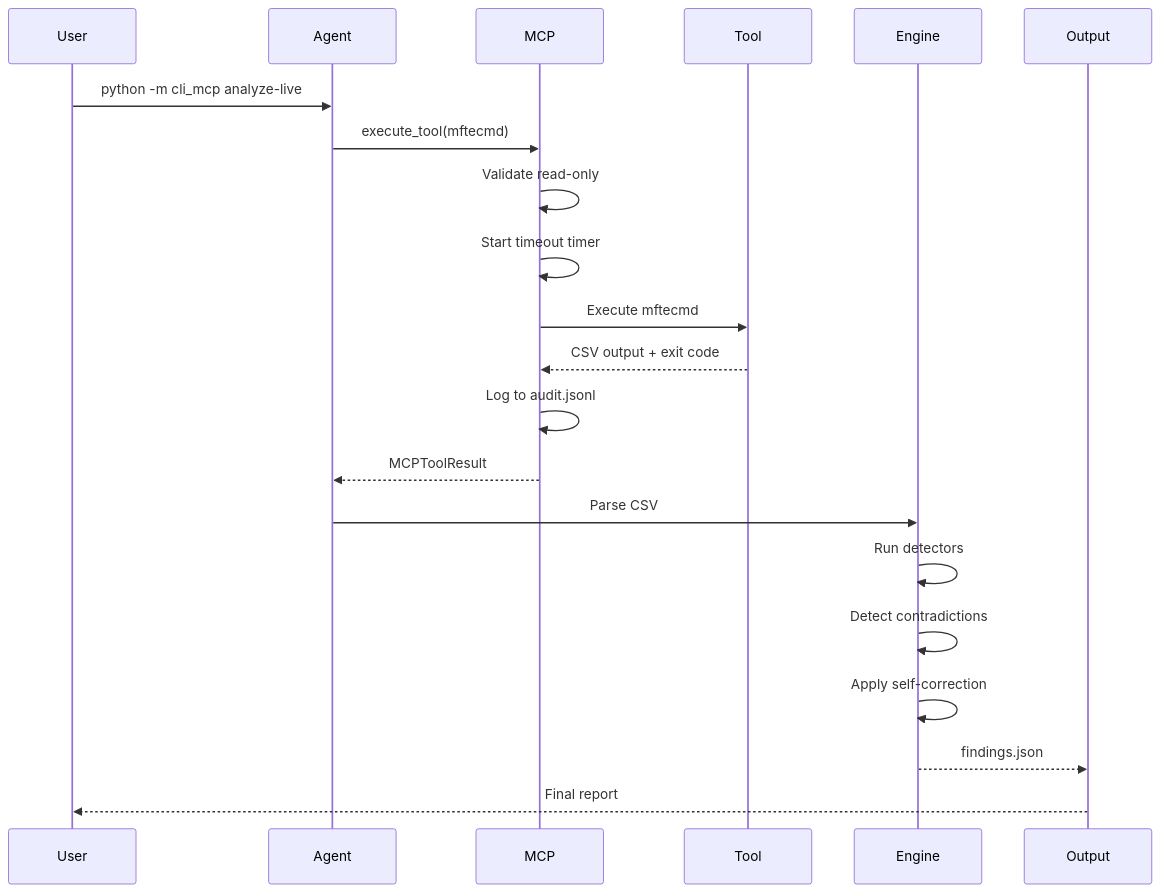
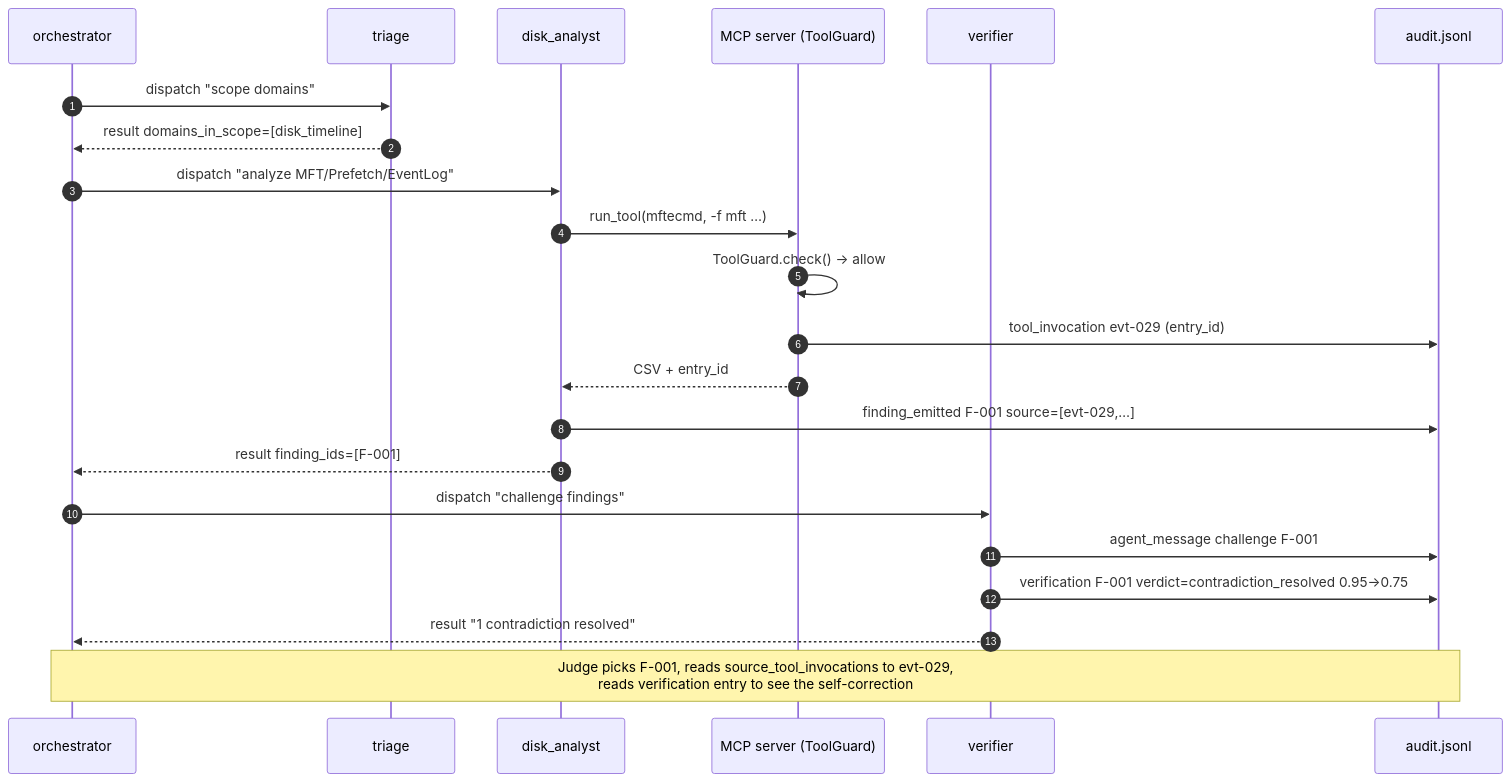
The second of 3 diagrams in docs/ARCHITECTURE_DIAGRAM.md (Strike48-public/4n6_nexus), drawn with Mermaid before and after one commit. The commit also changed other lines of this file and 2 other files, not shown here.

First line of the commit message:
docs: rewrite architecture diagram for multi-agent system (SFE-j5b)

````diff
--- a/docs/ARCHITECTURE_DIAGRAM.md
+++ b/docs/ARCHITECTURE_DIAGRAM.md
@@ -73,24 +160,25 @@
 ```mermaid
 sequenceDiagram
-    participant User
-    participant Agent
-    participant MCP
-    participant Tool
-    participant Engine
-    participant Output
+    autonumber
+    participant O as orchestrator
+    participant T as triage
+    participant A as disk_analyst
+    participant M as MCP server (ToolGuard)
+    participant V as verifier
+    participant L as audit.jsonl
 
-    User->>Agent: python -m cli_mcp analyze-live
-    Agent->>MCP: execute_tool(mftecmd)
-    MCP->>MCP: Validate read-only
-    MCP->>MCP: Start timeout timer
-    MCP->>Tool: Execute mftecmd
-    Tool-->>MCP: CSV output + exit code
-    MCP->>MCP: Log to audit.jsonl
-    MCP-->>Agent: MCPToolResult
-    Agent->>Engine: Parse CSV
-    Engine->>Engine: Run detectors
-    Engine->>Engine: Detect contradictions
-    Engine->>Engine: Apply self-correction
-    Engine-->>Output: findings.json
-    Output-->>User: Final report
+    O->>T: dispatch "scope domains"
+    T-->>O: result domains_in_scope=[disk_timeline]
+    O->>A: dispatch "analyze MFT/Prefetch/EventLog"
+    A->>M: run_tool(mftecmd, -f mft …)
+    M->>M: ToolGuard.check() → allow
+    M->>L: tool_invocation evt-029 (entry_id)
+    M-->>A: CSV + entry_id
+    A->>L: finding_emitted F-001 source=[evt-029,…]
+    A-->>O: result finding_ids=[F-001]
+    O->>V: dispatch "challenge findings"
+    V->>L: agent_message challenge F-001
+    V->>L: verification F-001 verdict=contradiction_resolved 0.95→0.75
+    V-->>O: result "1 contradiction resolved"
+    Note over O,L: Judge picks F-001, reads source_tool_invocations to evt-029,<br/>reads verification entry to see the self-correction
 ```
````
